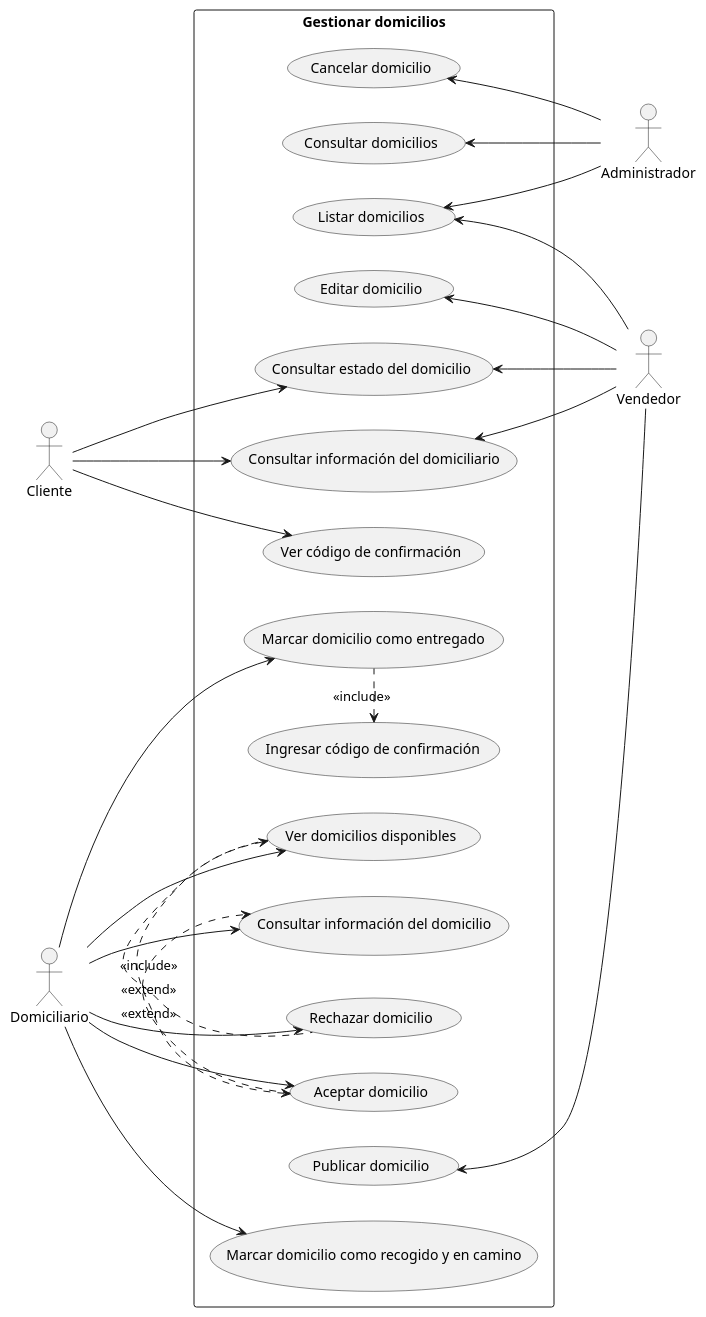
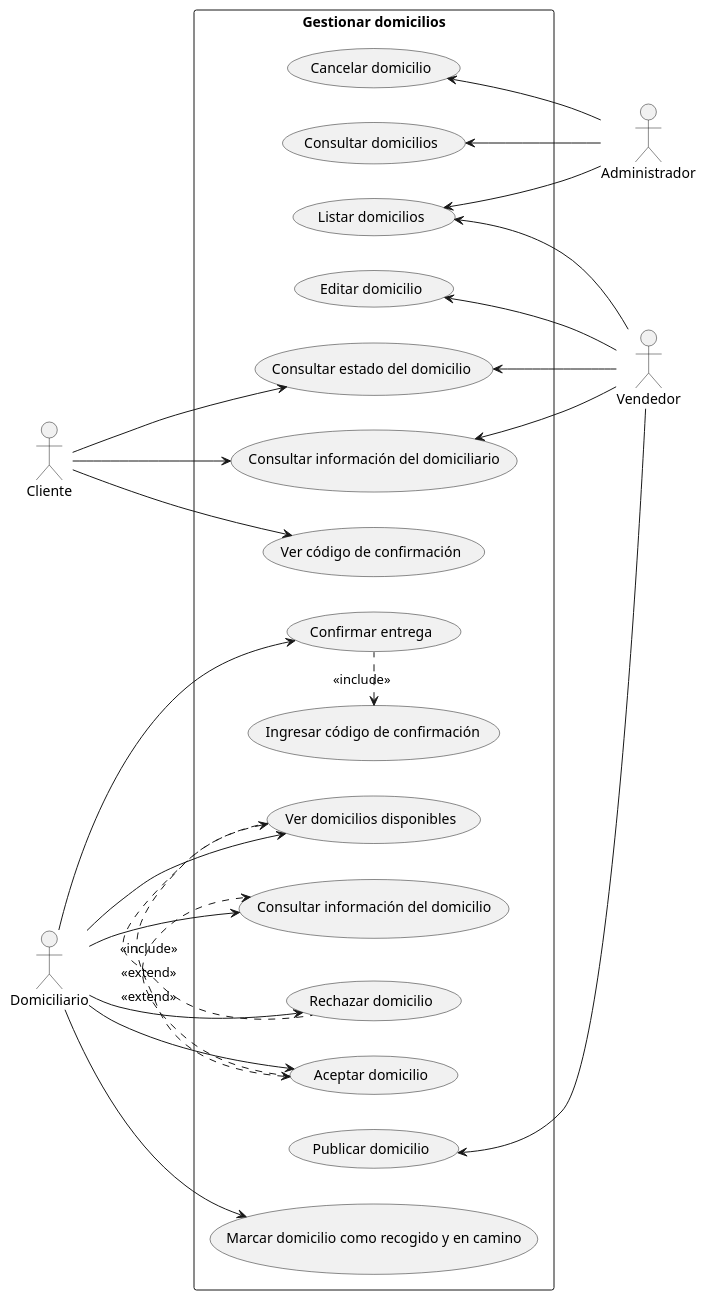
One commit to RAAR-18/napa changed the diagram in casos de uso/gestionar_domicilios.puml. Above: the diagram before and after it, drawn with PlantUML.

Commit message:
feat(casos de uso-gestionar domicilio): actualizar nombre de "marcar como entregado" a "Confirmar entrega".

```diff
--- a/casos de uso/gestionar_domicilios.puml
+++ b/casos de uso/gestionar_domicilios.puml
@@ -1,54 +1,54 @@
 @startuml
 
 left to right direction
 
 actor "Vendedor" as v
 actor "Cliente" as c
 actor "Domiciliario" as d
 actor "Administrador" as adm
 
 rectangle "Gestionar domicilios" {
     usecase "Consultar domicilios" as UC2
     usecase "Editar domicilio" as UC3
     usecase "Cancelar domicilio" as UC4
     usecase "Listar domicilios" as UC5
     usecase "Ver domicilios disponibles" as UC6
     usecase "Aceptar domicilio" as UC7
     usecase "Rechazar domicilio" as UC8
     usecase "Consultar estado del domicilio" as UC10
     usecase "Consultar información del domicilio" as UC13
     usecase "Marcar domicilio como recogido y en camino" as UC17
-    usecase "Marcar domicilio como entregado" as UC19
+    usecase "Confirmar entrega" as UC19
     usecase "Consultar información del domiciliario" as UC23
     usecase "Publicar domicilio" as UC24
     usecase "Ingresar código de confirmación" as UC25
     usecase "Ver código de confirmación" as UC27
 }
 
 c --> UC10
 c --> UC23
 c --> UC27
 
 UC10 <-- v
 UC24 <-- v
 UC3 <-- v
 UC5 <-- v
 UC23 <-- v
 
 d --> UC6
 d --> UC7
 d --> UC8
 d --> UC13
 d --> UC19
 d --> UC17
 
 UC2 <-- adm
 UC4 <-- adm
 UC5 <-- adm
 
 UC25 <. UC19: <<include>>
 UC7 .> UC13: <<include>>
 UC7 <. UC6: <<extend>>
 UC6 <. UC8: <<extend>>
 
 @enduml
```
